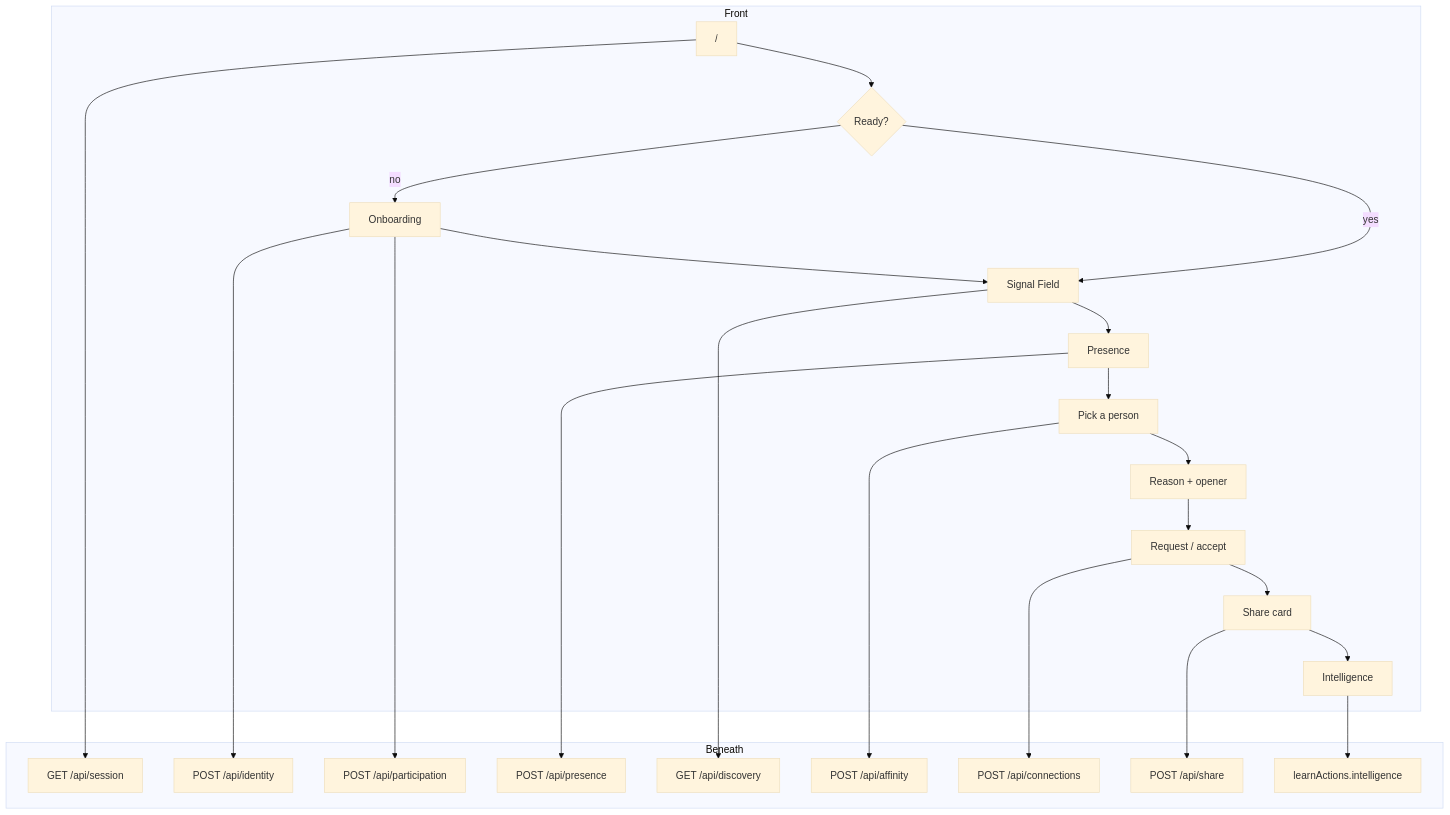
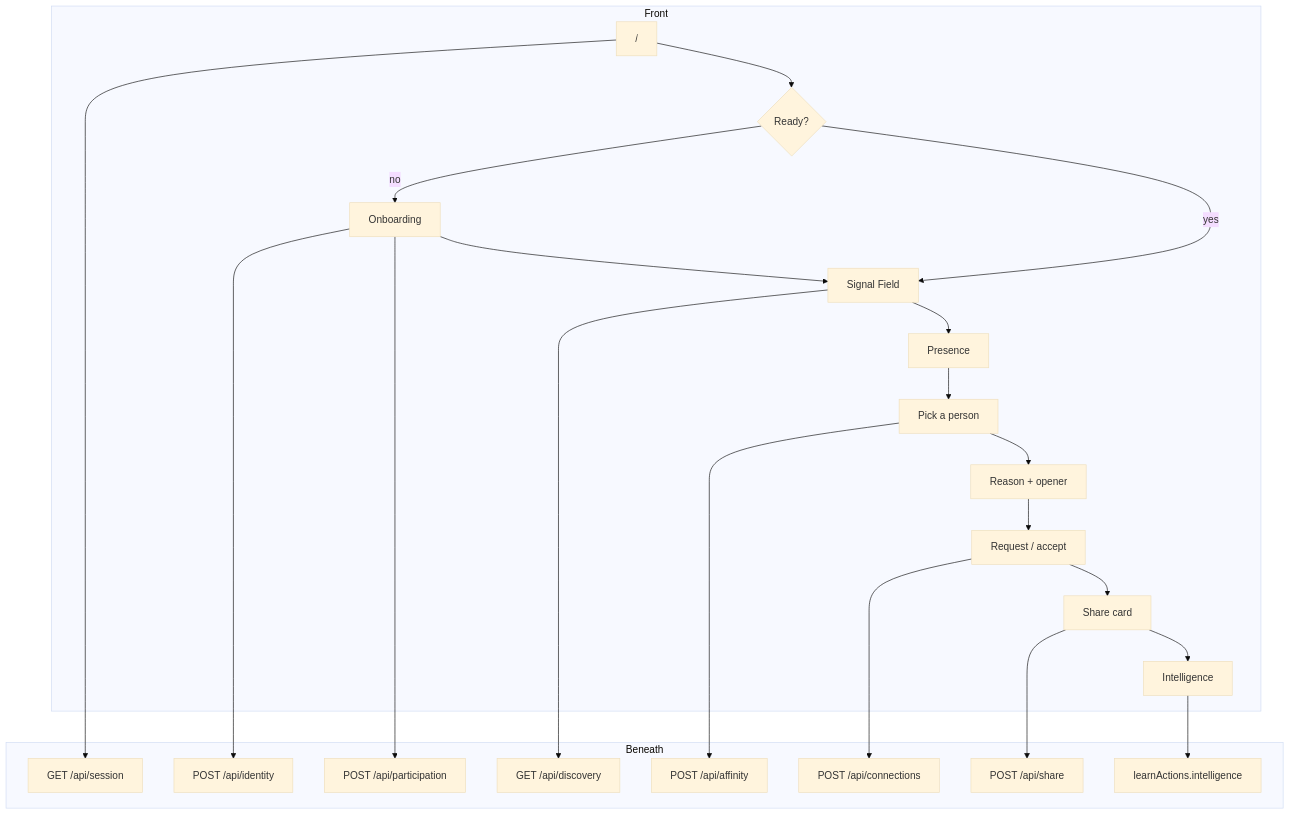
Before and after one commit to pablojhdcoder/IntroMesh: the diagram in docs/FLOW.md, drawn with Mermaid (base theme). The commit also changed other lines of this file and 9 other files, not shown here.

````diff
--- a/docs/FLOW.md
+++ b/docs/FLOW.md
@@ -26,37 +26,35 @@
 ```mermaid
 flowchart TB
   subgraph front ["Front"]
     A["/"] --> B{"Ready?"}
     B -->|no| C["Onboarding"]
     B -->|yes| D["Signal Field"]
     C --> D
     D --> E["Presence"]
     E --> F["Pick a person"]
     F --> G["Reason + opener"]
     G --> H["Request / accept"]
     H --> I["Share card"]
     I --> J["Intelligence"]
   end
 
   subgraph back ["Beneath"]
     S["GET /api/session"]
     IDapi["POST /api/identity"]
     Japi["POST /api/participation"]
-    Pap["POST /api/presence"]
     Dapi["GET /api/discovery"]
     Xapi["POST /api/affinity"]
     Capi["POST /api/connections"]
     Sh["POST /api/share"]
     Lapi["learnActions.intelligence"]
   end
 
   A --> S
   C --> IDapi
   C --> Japi
-  E --> Pap
   D --> Dapi
   F --> Xapi
   H --> Capi
   I --> Sh
   J --> Lapi
 ```
````
